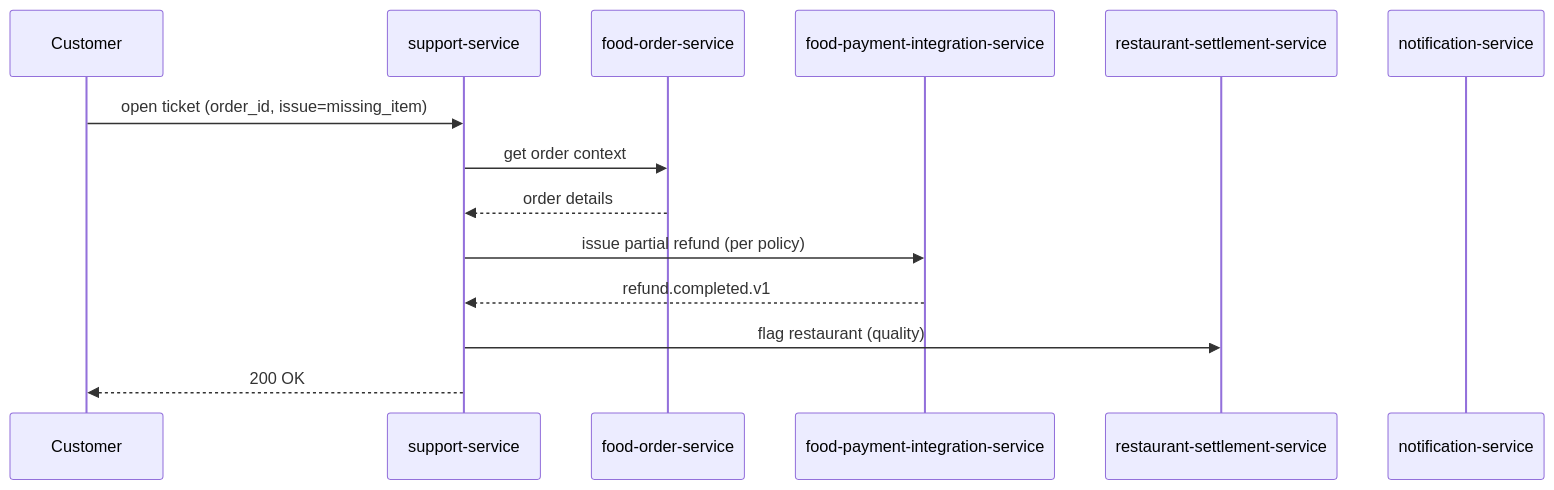
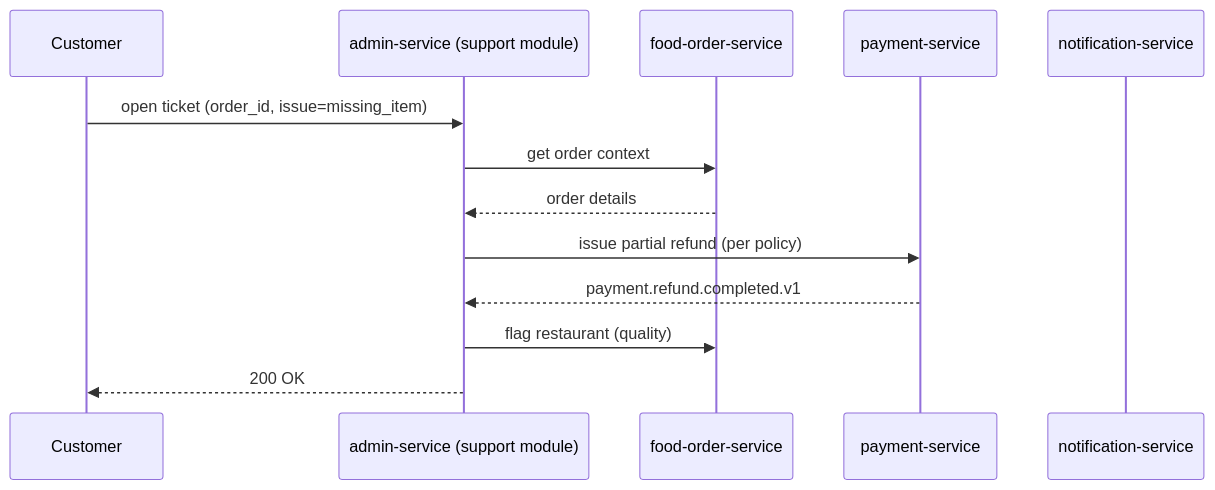
One commit to mohamedhabibwork/trips-enjoy-docs changed the tenth of 12 diagrams in docs/workflows/FOOD_ORDER_WORKFLOWS.md. Above: the diagram before and after it, drawn with Mermaid. The commit also changed other lines of this file and 525 other files, not shown here.

````diff
--- a/docs/workflows/FOOD_ORDER_WORKFLOWS.md
+++ b/docs/workflows/FOOD_ORDER_WORKFLOWS.md
@@ -305,17 +286,16 @@
 ```mermaid
 sequenceDiagram
     participant C as Customer
-    participant SUP as support-service
+    participant ADM as admin-service (support module)
     participant FOR as food-order-service
-    participant FPI as food-payment-integration-service
-    participant RSM as restaurant-settlement-service
+    participant PAY as payment-service
     participant NOT as notification-service
 
-    C->>SUP: open ticket (order_id, issue=missing_item)
-    SUP->>FOR: get order context
-    FOR-->>SUP: order details
-    SUP->>FPI: issue partial refund (per policy)
-    FPI-->>SUP: refund.completed.v1
-    SUP->>RSM: flag restaurant (quality)
-    SUP-->>C: 200 OK
+    C->>ADM: open ticket (order_id, issue=missing_item)
+    ADM->>FOR: get order context
+    FOR-->>ADM: order details
+    ADM->>PAY: issue partial refund (per policy)
+    PAY-->>ADM: payment.refund.completed.v1
+    ADM->>FOR: flag restaurant (quality)
+    ADM-->>C: 200 OK
 ```
````
